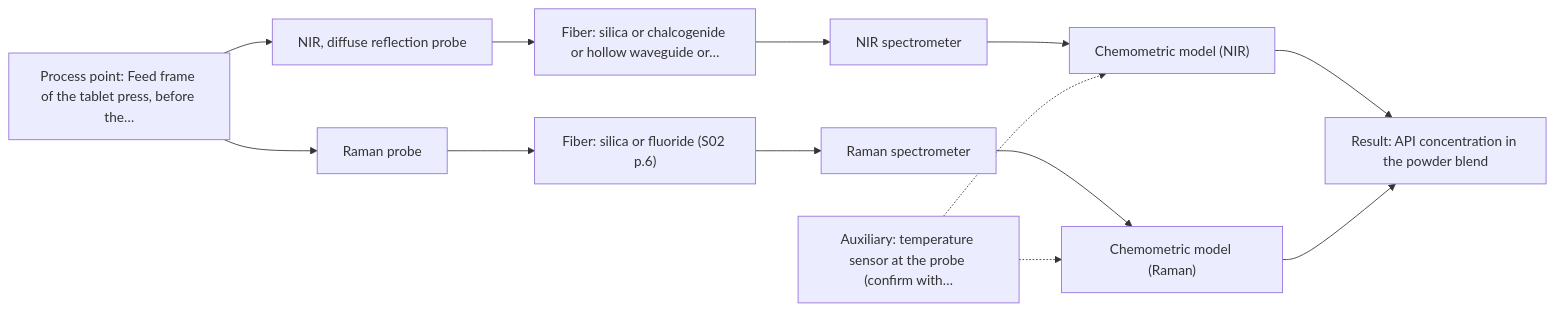
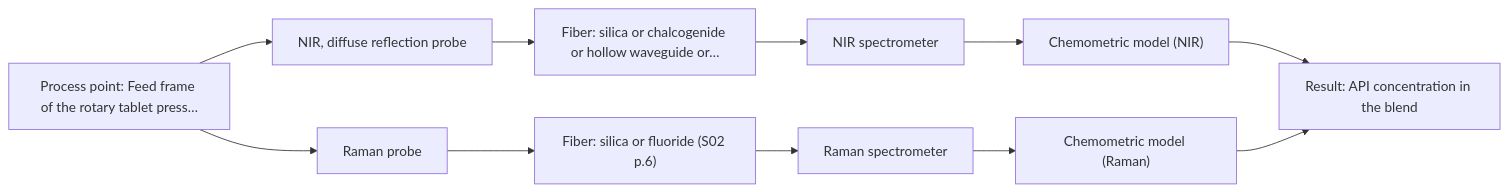
One commit to sleipnir029/Afs-Spectroscopy-Assistant changed the first of 2 diagrams in outputs/dev/D01.md. Above: the diagram before and after it, drawn with Mermaid. The commit also changed other lines of this file and 41 other files, not shown here.

````diff
--- a/outputs/dev/D01.md
+++ b/outputs/dev/D01.md
@@ -38,26 +38,23 @@
 ```mermaid
 flowchart LR
-    proc["Process point: Feed frame of the tablet press, before the…"]
+    proc["Process point: Feed frame of the rotary tablet press…"]
     probe1["NIR, diffuse reflection probe"]
     fiber1["Fiber: silica or chalcogenide or hollow waveguide or…"]
     spec1["NIR spectrometer"]
     model1["Chemometric model (NIR)"]
     probe2["Raman probe"]
     fiber2["Fiber: silica or fluoride (S02 p.6)"]
     spec2["Raman spectrometer"]
     model2["Chemometric model (Raman)"]
-    result["Result: API concentration in the powder blend"]
-    aux1["Auxiliary: temperature sensor at the probe (confirm with…"]
+    result["Result: API concentration in the blend"]
     proc --> probe1
     probe1 --> fiber1
     fiber1 --> spec1
     spec1 --> model1
     proc --> probe2
     probe2 --> fiber2
     fiber2 --> spec2
     spec2 --> model2
     model1 --> result
     model2 --> result
-    aux1 -.-> model1
-    aux1 -.-> model2
 ```
````
